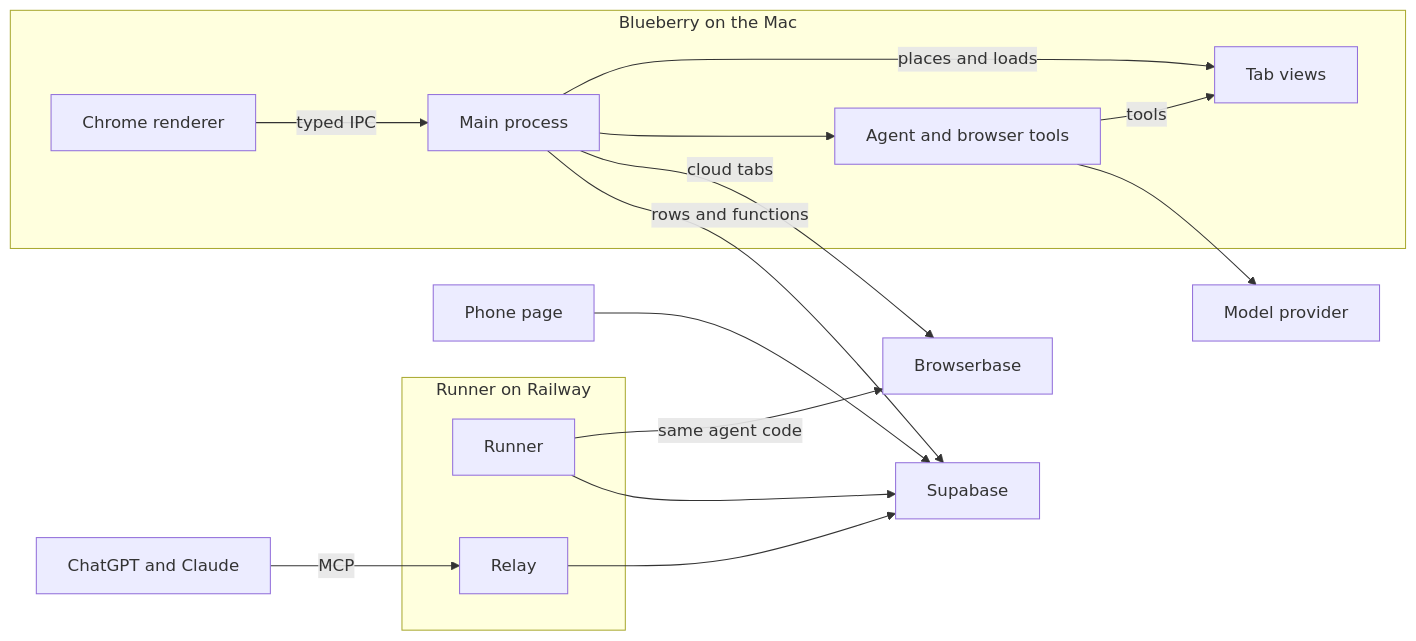
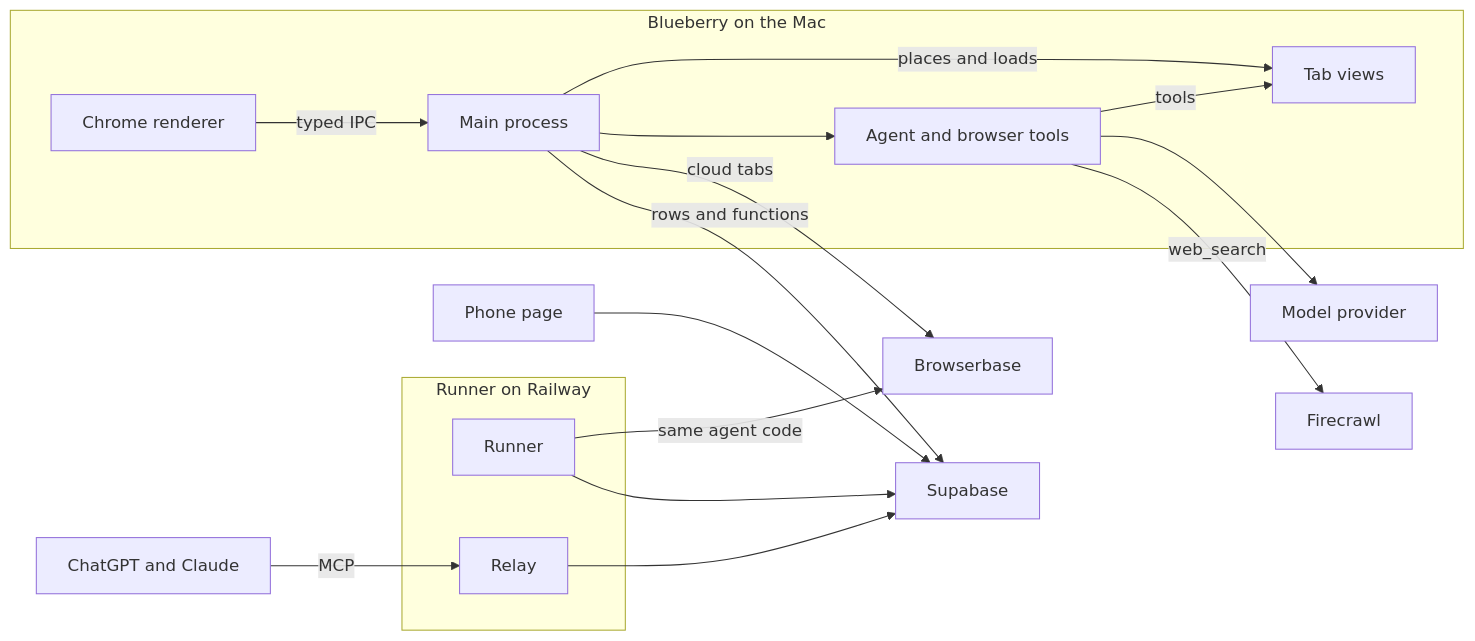
The diagram in docs/ARCHITECTURE.md (Luddeforsberg/blueberry-browser), drawn with Mermaid before and after one commit. The commit also changed other lines of this file, not shown here.

Commit message:
Bring ARCHITECTURE.md up to date with the browser and the newer features

````diff
--- a/docs/ARCHITECTURE.md
+++ b/docs/ARCHITECTURE.md
@@ -5,31 +5,33 @@
 ```mermaid
 flowchart LR
   subgraph Mac[Blueberry on the Mac]
     Chrome[Chrome renderer]
     Main[Main process]
     Tabs[Tab views]
     Agent[Agent and browser tools]
   end
   Model[Model provider]
   Supabase[Supabase]
   subgraph Railway[Runner on Railway]
     Runner[Runner]
     Relay[Relay]
   end
   Browserbase[Browserbase]
   Phone[Phone page]
   Apps[ChatGPT and Claude]
+  Search[Firecrawl]
 
   Chrome -- typed IPC --> Main
   Main -- places and loads --> Tabs
   Main --> Agent
   Agent -- tools --> Tabs
   Agent --> Model
+  Agent -- web_search --> Search
   Main -- cloud tabs --> Browserbase
   Main -- rows and functions --> Supabase
   Runner -- same agent code --> Browserbase
   Runner --> Supabase
   Phone --> Supabase
   Apps -- MCP --> Relay
   Relay --> Supabase
 ```
````
